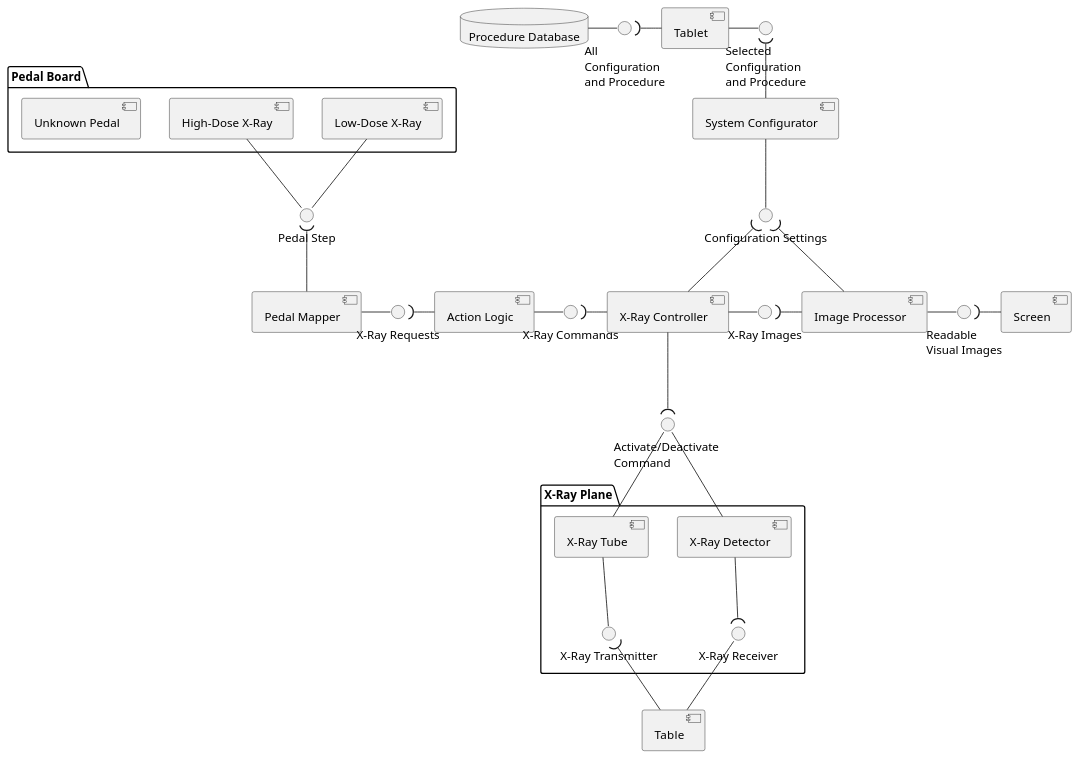
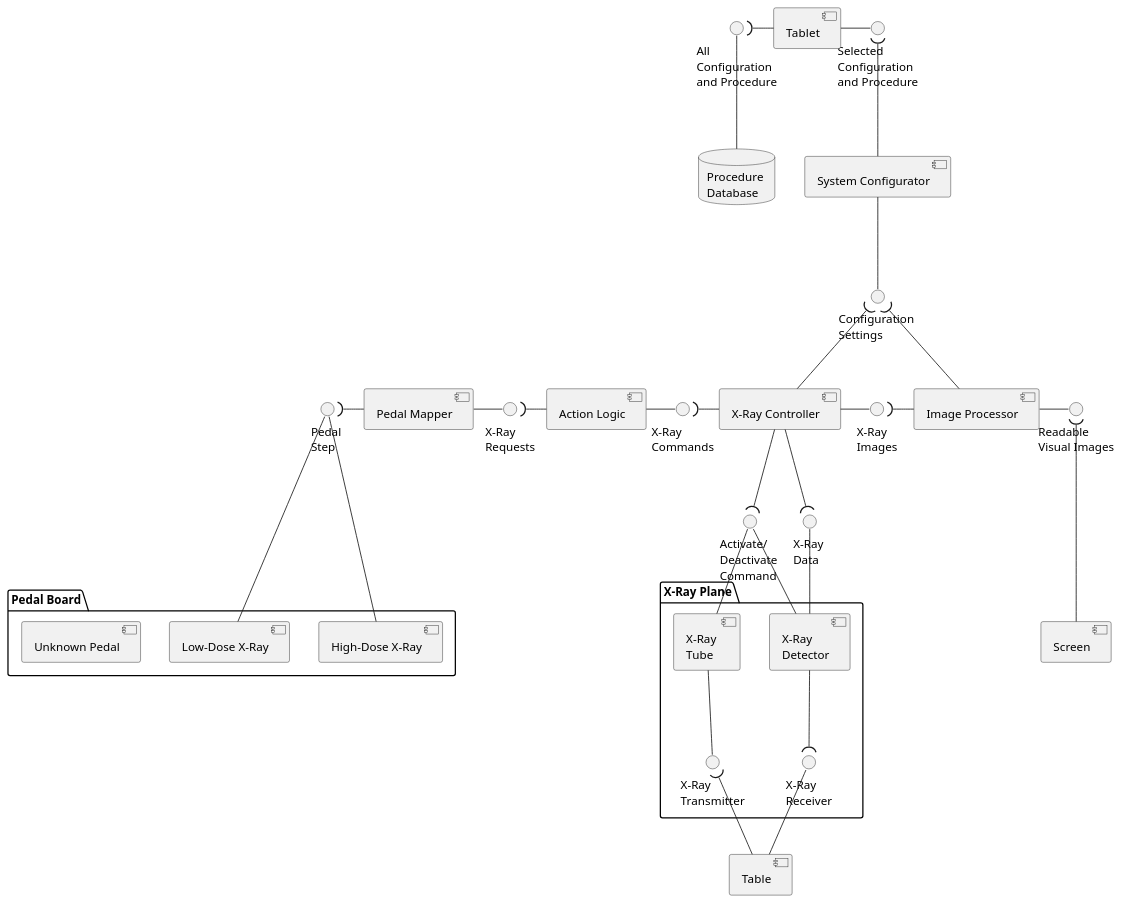
The diagram in 4-uml/component.puml (bartwc/SoftwareSystems), drawn with PlantUML before and after one commit. The commit also changed 6 other files, not shown here.

Commit message:
Done - Sequence-Pedal-1 Diagram Modified - Sequence-Config Diagram Modified - Component Diagram

```diff
--- a/4-uml/component.puml
+++ b/4-uml/component.puml
@@ -1,76 +1,83 @@
 @startuml component
 
 ' Create three components for Pedal
 package "Pedal Board" {
 component [Low-Dose X-Ray] as comp_pedal_low
 component [High-Dose X-Ray] as comp_pedal_high
 component [Unknown Pedal] as comp_pedal_unknown
 }
 
-interface "Pedal Step" as intf_pedal_step
+interface "Pedal \nStep" as intf_pedal_step
 component [Pedal Mapper] as comp_pedal_mapper
-interface "X-Ray Requests" as intf_xray_req
+interface "X-Ray \nRequests" as intf_xray_req
 component [Action Logic] as comp_act_log
-interface "X-Ray Commands" as intf_xray_commands
+interface "X-Ray \nCommands" as intf_xray_commands
 component [X-Ray Controller] as comp_xray_control
-interface "X-Ray Images" as intf_xray_img
+interface "X-Ray \nImages" as intf_xray_img
 component [Image Processor] as comp_image_proc
 interface "Readable \nVisual Images" as intf_visual_images
 component [Screen] as comp_screen
-interface "Configuration Settings" as intf_config_set
+interface "Configuration \nSettings" as intf_config_set
 component [System Configurator] as comp_sys_config
 interface "Selected \nConfiguration \nand Procedure" as intf_sys_config_med_proc
 component [Tablet] as comp_tablet
 interface "All \nConfiguration \nand Procedure" as intf_sys_config_comp_set
-database "Procedure Database" as data_proc_data
+database "Procedure \nDatabase" as data_proc_data
 
 ' Create two components for Pedal
 package "X-Ray Plane" {
-component [X-Ray Tube] as comp_xray_tube
-component [X-Ray Detector] as comp_xray_detector
-interface "X-Ray Transmitter" as intf_xray_transmit
-interface "X-Ray Receiver" as intf_xray_receive
+component [X-Ray \nTube] as comp_xray_tube
+component [X-Ray \nDetector] as comp_xray_detector
+interface "X-Ray \nTransmitter" as intf_xray_transmit
+interface "X-Ray \nReceiver" as intf_xray_receive
 }
 component [Table] as comp_table
 
-interface "Activate/Deactivate \nCommand" as intf_act_deact_comm
+interface "Activate/\nDeactivate \nCommand" as intf_act_deact_comm
+interface "X-Ray \nData" as intf_act_xray_info
 
-' Part 1 - Design
-    comp_pedal_low -- intf_pedal_step
-    comp_pedal_high -- intf_pedal_step
-    intf_pedal_step )-- comp_pedal_mapper
+
+' Part 1 - Design from Pedal to Screen
+    comp_pedal_low -up-- intf_pedal_step
+    comp_pedal_high -up-- intf_pedal_step
+    intf_pedal_step )-right- comp_pedal_mapper
 
     comp_pedal_mapper -right- intf_xray_req
     intf_xray_req )-right- comp_act_log
 
     comp_act_log -right- intf_xray_commands
     intf_xray_commands )-right- comp_xray_control
 
     comp_xray_control -right- intf_xray_img
     intf_xray_img )-right- comp_image_proc
 
     comp_image_proc -right- intf_visual_images
-    intf_visual_images )-right- comp_screen
+    intf_visual_images )-down-- comp_screen
 
-' Part 2 - Design
-    data_proc_data -right- intf_sys_config_comp_set
+' Part 2 - Design from Database to Image Processor
+    data_proc_data -up-- intf_sys_config_comp_set
     intf_sys_config_comp_set )-right- comp_tablet
 
     comp_tablet -right- intf_sys_config_med_proc
-    intf_sys_config_med_proc )-down- comp_sys_config
+    intf_sys_config_med_proc )-down-- comp_sys_config
 
     comp_sys_config -down- intf_config_set
     intf_config_set )-down- comp_xray_control
     intf_config_set )-down- comp_image_proc
 
-' Part 3 - Design
+' Part 3 - Design from X-Ray Plane to X-Ray Controller
     comp_xray_tube -down- intf_xray_transmit
     intf_xray_transmit )-down- comp_table
 
     comp_table -up- intf_xray_receive
     intf_xray_receive )-up- comp_xray_detector
 
+    comp_xray_detector -up- intf_act_xray_info
+    intf_act_xray_info )-up- comp_xray_control
+
     comp_xray_tube -up- intf_act_deact_comm
-    comp_xray_detector -up- intf_act_deact_comm
+    comp_xray_detector -left- intf_act_deact_comm
     intf_act_deact_comm )-up- comp_xray_control
+
+
 @enduml
```
